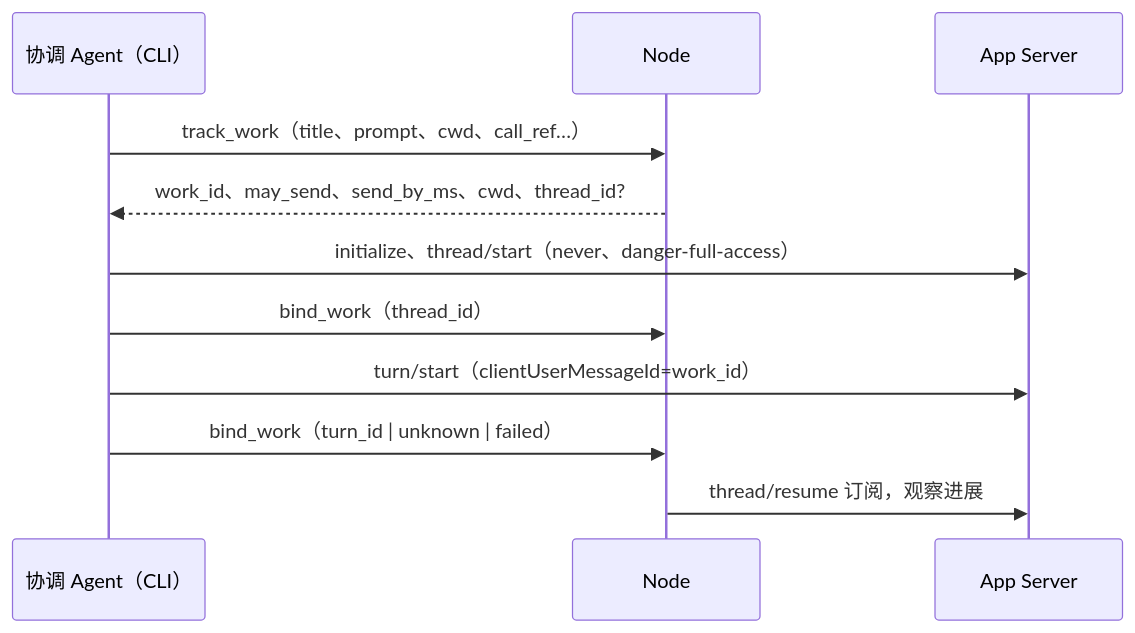
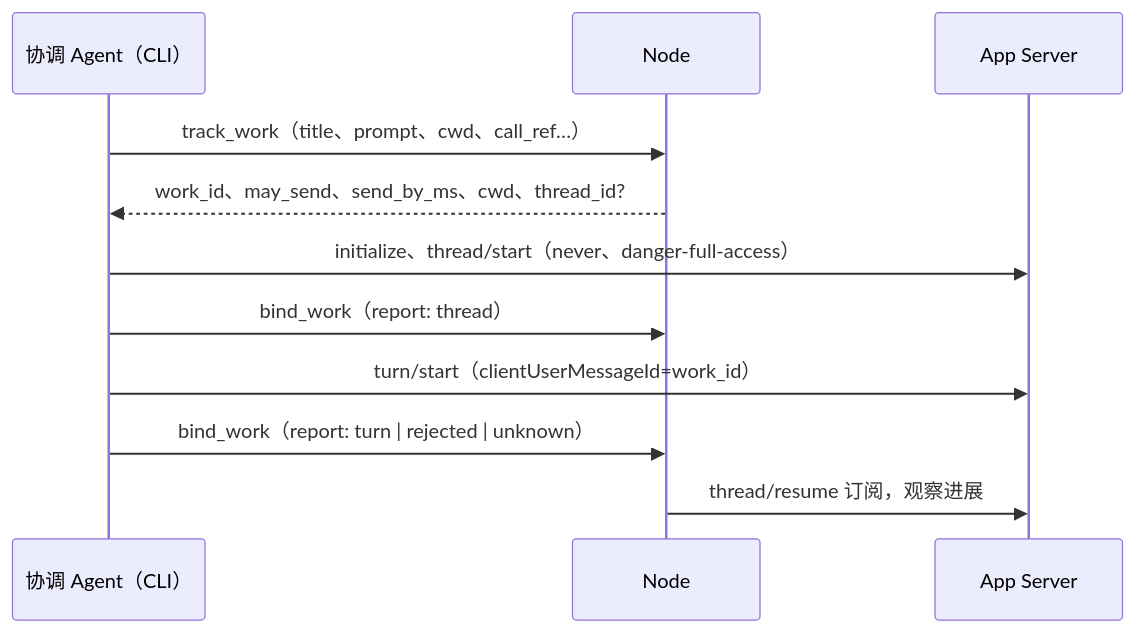
Before and after one commit to leaperone/vibeface: the diagram in docs/design/agent-direct-app-server.md, drawn with Mermaid. The commit also changed 20 other files, not shown here.

````diff
--- a/docs/design/agent-direct-app-server.md
+++ b/docs/design/agent-direct-app-server.md
@@ -83,13 +83,13 @@
 ```mermaid
 sequenceDiagram
 	participant A as 协调 Agent（CLI）
 	participant N as Node
 	participant X as App Server
 	A->>N: track_work（title、prompt、cwd、call_ref…）
 	N-->>A: work_id、may_send、send_by_ms、cwd、thread_id?
 	A->>X: initialize、thread/start（never、danger-full-access）
-	A->>N: bind_work（thread_id）
+	A->>N: bind_work（report: thread）
 	A->>X: turn/start（clientUserMessageId=work_id）
-	A->>N: bind_work（turn_id | unknown | failed）
+	A->>N: bind_work（report: turn | rejected | unknown）
 	N->>X: thread/resume 订阅，观察进展
 ```
````
